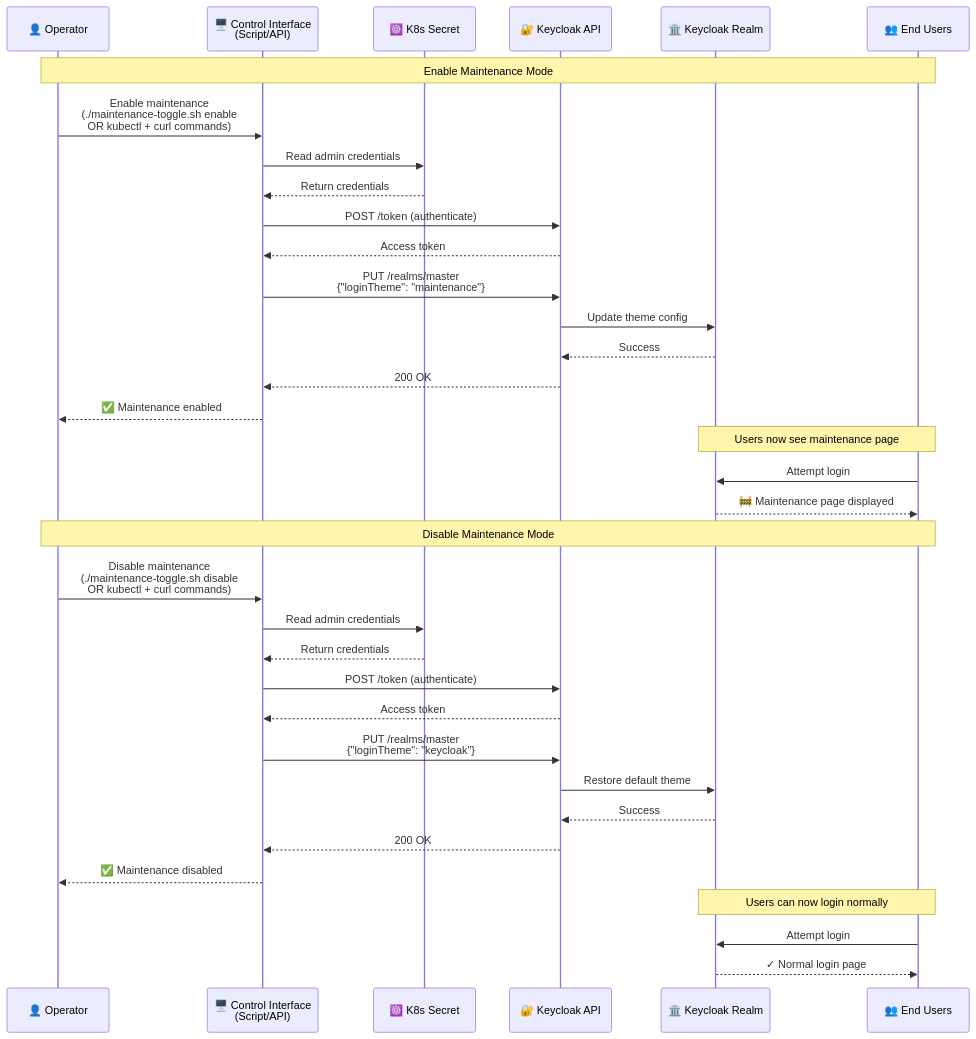
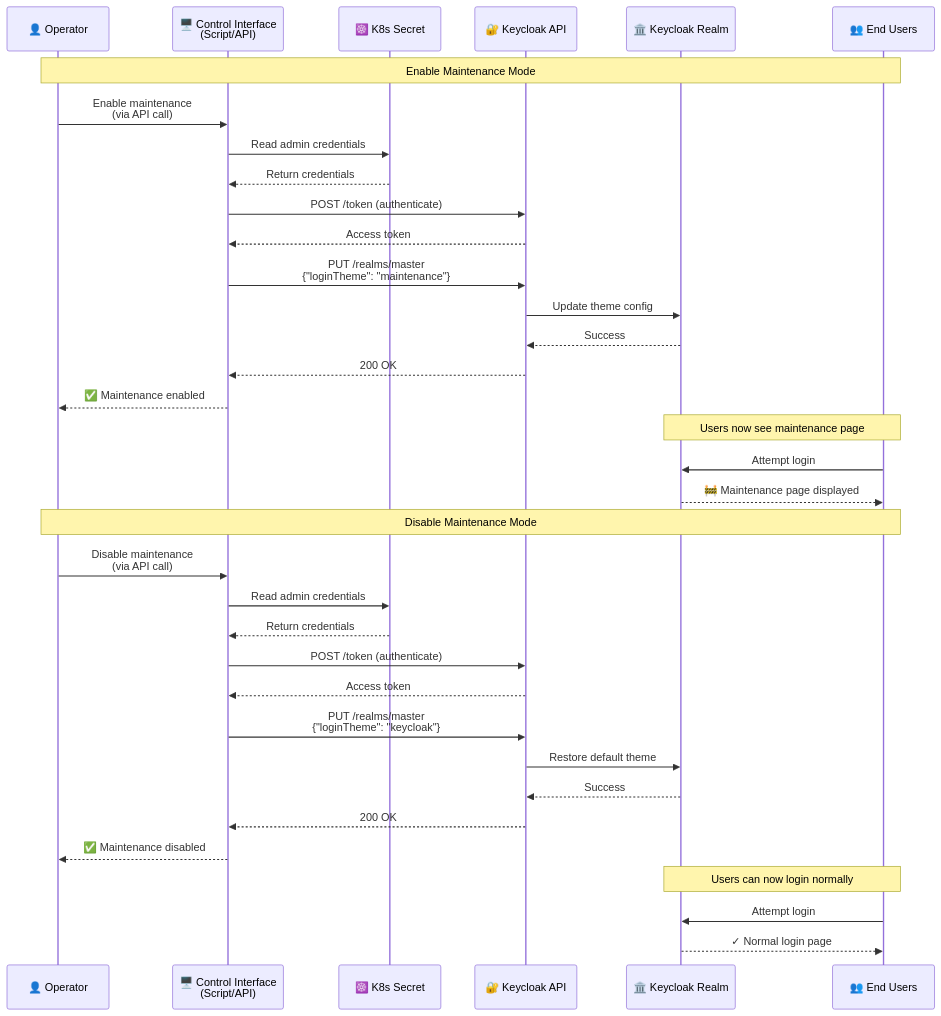
The diagram in design-proposals/keycloak-maintenance-theme.md (open-edge-platform/edge-manageability-framework), drawn with Mermaid before and after one commit. The commit also changed other lines of this file and 1 other file, not shown here.

````diff
--- a/design-proposals/keycloak-maintenance-theme.md
+++ b/design-proposals/keycloak-maintenance-theme.md
@@ -98,41 +97,41 @@
 ```mermaid
 sequenceDiagram
     participant Operator as 👤 Operator
     participant Control as 🖥️ Control Interface<br/>(Script/API)
     participant K8s as ☸️ K8s Secret
     participant API as 🔐 Keycloak API
     participant Realm as 🏛️ Keycloak Realm
     participant User as 👥 End Users
 
     Note over Operator,User: Enable Maintenance Mode
-    Operator->>Control: Enable maintenance<br/>(./maintenance-toggle.sh enable<br/>OR kubectl + curl commands)
+    Operator->>Control: Enable maintenance<br/>(via API call)
     Control->>K8s: Read admin credentials
     K8s-->>Control: Return credentials
     Control->>API: POST /token (authenticate)
     API-->>Control: Access token
     Control->>API: PUT /realms/master<br/>{"loginTheme": "maintenance"}
     API->>Realm: Update theme config
     Realm-->>API: Success
     API-->>Control: 200 OK
     Control-->>Operator: ✅ Maintenance enabled
     
     Note over User,Realm: Users now see maintenance page
     User->>Realm: Attempt login
     Realm-->>User: 🚧 Maintenance page displayed
 
     Note over Operator,User: Disable Maintenance Mode
-    Operator->>Control: Disable maintenance<br/>(./maintenance-toggle.sh disable<br/>OR kubectl + curl commands)
+    Operator->>Control: Disable maintenance<br/>(via API call)
     Control->>K8s: Read admin credentials
     K8s-->>Control: Return credentials
     Control->>API: POST /token (authenticate)
     API-->>Control: Access token
     Control->>API: PUT /realms/master<br/>{"loginTheme": "keycloak"}
     API->>Realm: Restore default theme
     Realm-->>API: Success
     API-->>Control: 200 OK
     Control-->>Operator: ✅ Maintenance disabled
 
     Note over User,Realm: Users can now login normally
     User->>Realm: Attempt login
     Realm-->>User: ✓ Normal login page
 ```
````
